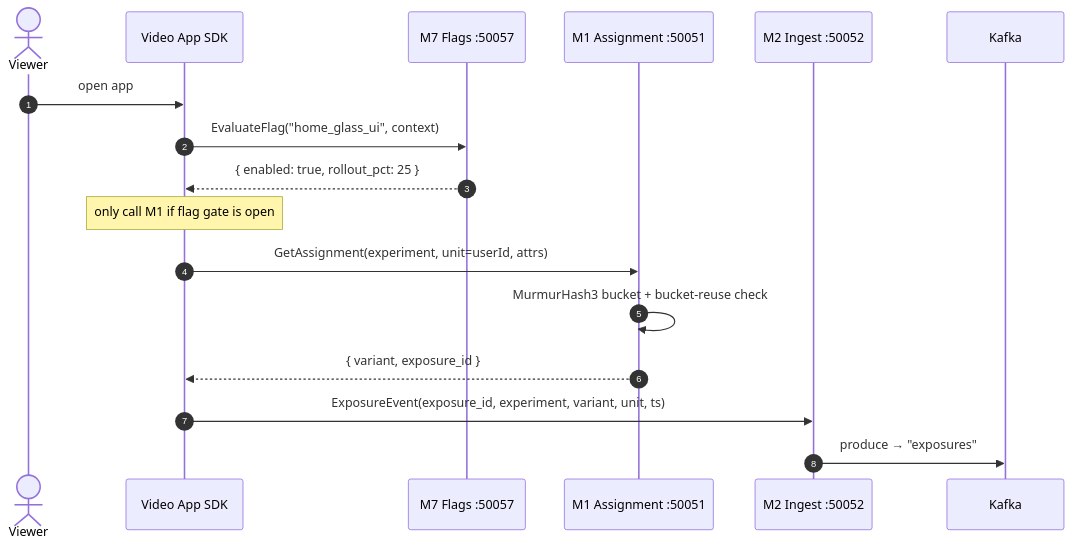
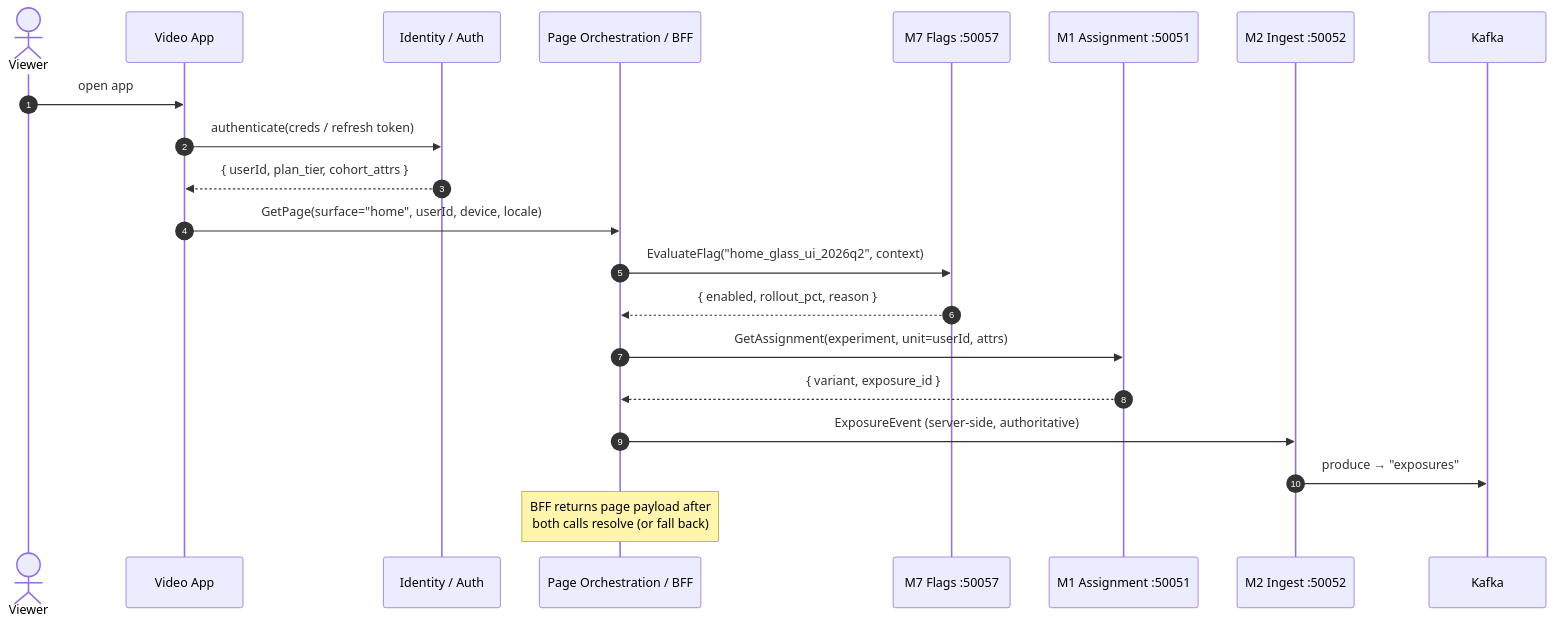
Before and after one commit to wunderkennd/kaizen-experimentation: the first of 6 diagrams in docs/guides/streaming-video-sequence.md, drawn with Mermaid. The commit also changed other lines of this file and 1 other file, not shown here.

First line of the commit message:
docs: expand streaming sequence with surrounding SVOD services

````diff
--- a/docs/guides/streaming-video-sequence.md
+++ b/docs/guides/streaming-video-sequence.md
@@ -65,20 +102,24 @@
 ```mermaid
 sequenceDiagram
     autonumber
     actor U as Viewer
-    participant App as Video App SDK
+    participant App as Video App
+    participant Auth as Identity / Auth
+    participant BFF as Page Orchestration / BFF
     participant M7 as M7 Flags :50057
     participant M1 as M1 Assignment :50051
     participant M2 as M2 Ingest :50052
     participant K as Kafka
 
     U->>App: open app
-    App->>M7: EvaluateFlag("home_glass_ui", context)
-    M7-->>App: { enabled: true, rollout_pct: 25 }
-    Note over App: only call M1 if flag gate is open
-    App->>M1: GetAssignment(experiment, unit=userId, attrs)
-    M1->>M1: MurmurHash3 bucket + bucket-reuse check
-    M1-->>App: { variant, exposure_id }
-    App->>M2: ExposureEvent(exposure_id, experiment, variant, unit, ts)
+    App->>Auth: authenticate(creds / refresh token)
+    Auth-->>App: { userId, plan_tier, cohort_attrs }
+    App->>BFF: GetPage(surface="home", userId, device, locale)
+    BFF->>M7: EvaluateFlag("home_glass_ui_2026q2", context)
+    M7-->>BFF: { enabled, rollout_pct, reason }
+    BFF->>M1: GetAssignment(experiment, unit=userId, attrs)
+    M1-->>BFF: { variant, exposure_id }
+    BFF->>M2: ExposureEvent (server-side, authoritative)
     M2->>K: produce → "exposures"
+    Note over BFF: BFF returns page payload after<br/>both calls resolve (or fall back)
 ```
````
